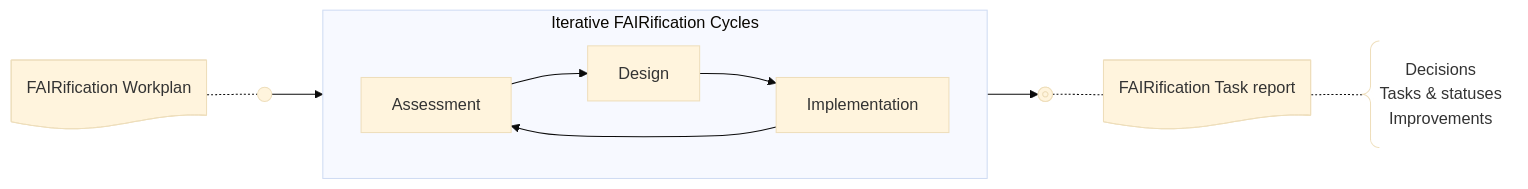
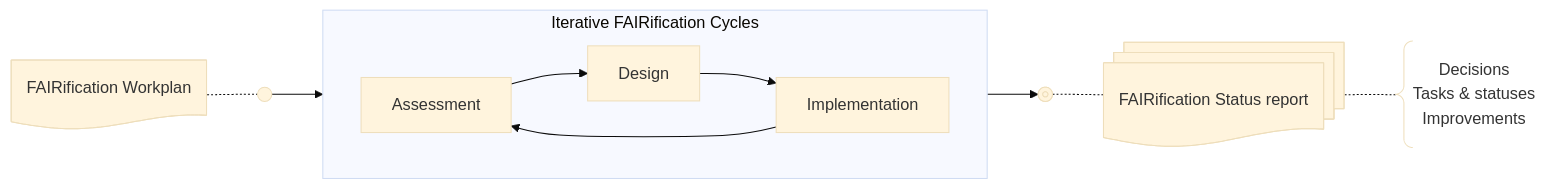
The diagram in pages/framework/diagrams-mmd/FAIRificationProcess-menu-03.mmd (elixir-europe/interoperability_2024-26), drawn with Mermaid (base theme) before and after one commit. The commit also changed 3 other files, not shown here.

```diff
--- a/pages/framework/diagrams-mmd/FAIRificationProcess-menu-03.mmd
+++ b/pages/framework/diagrams-mmd/FAIRificationProcess-menu-03.mmd
@@ -1,14 +1,14 @@
 flowchart LR;
     A@{ shape: doc, label: "FAIRification Workplan" }
     start@{ shape: sm-circ, label: "Project Examination" }
     subgraph Phase[Iterative FAIRification Cycles]
         direction LR
         Assessment --> Design --> Implementation
         Implementation --> Assessment
     end
     finish@{ shape: framed-circle, label: "Post-FAIRification Review" }
-    B1@{ shape: doc, label: "FAIRification Task report" }
+    B1@{ shape: docs, label: "FAIRification Status report" }
     B2@{ shape: brace, label: "Decisions
     Tasks&nbsp;&amp;&nbsp;statuses
     Improvements" }
     A -.- start --> Phase --> finish -.- B1 -.- B2
```
